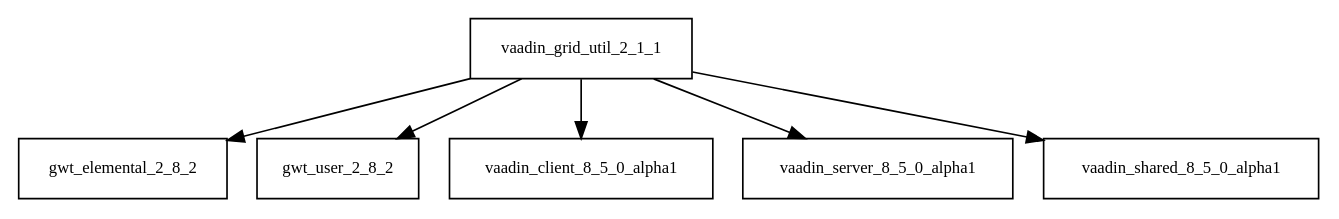
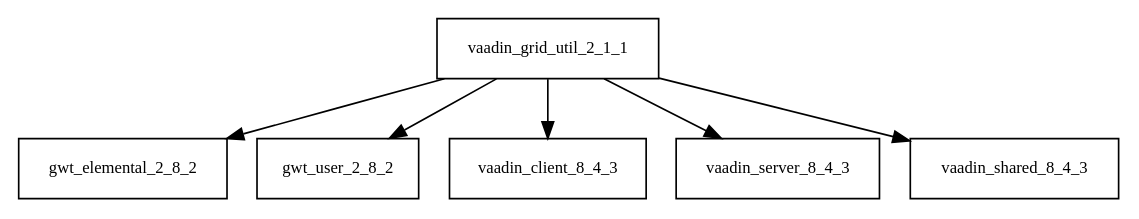
The diagram in tattleTaleReport/graphviz/vaadin-grid-util-2.1.1.jar/vaadin-grid-util-2.1.1.jar.dot (sjvs/cia), drawn with Graphviz before and after one commit. The commit also changed 2050 other files, not shown here.

```diff
--- a/tattleTaleReport/graphviz/vaadin-grid-util-2.1.1.jar/vaadin-grid-util-2.1.1.jar.dot
+++ b/tattleTaleReport/graphviz/vaadin-grid-util-2.1.1.jar/vaadin-grid-util-2.1.1.jar.dot
@@ -1,8 +1,8 @@
 digraph vaadin_grid_util_2_1_1_dependencies {
   node [shape = box, fontsize=10.0];
   vaadin_grid_util_2_1_1 -> gwt_elemental_2_8_2;
   vaadin_grid_util_2_1_1 -> gwt_user_2_8_2;
-  vaadin_grid_util_2_1_1 -> vaadin_client_8_5_0_alpha1;
-  vaadin_grid_util_2_1_1 -> vaadin_server_8_5_0_alpha1;
-  vaadin_grid_util_2_1_1 -> vaadin_shared_8_5_0_alpha1;
+  vaadin_grid_util_2_1_1 -> vaadin_client_8_4_3;
+  vaadin_grid_util_2_1_1 -> vaadin_server_8_4_3;
+  vaadin_grid_util_2_1_1 -> vaadin_shared_8_4_3;
 }
```
